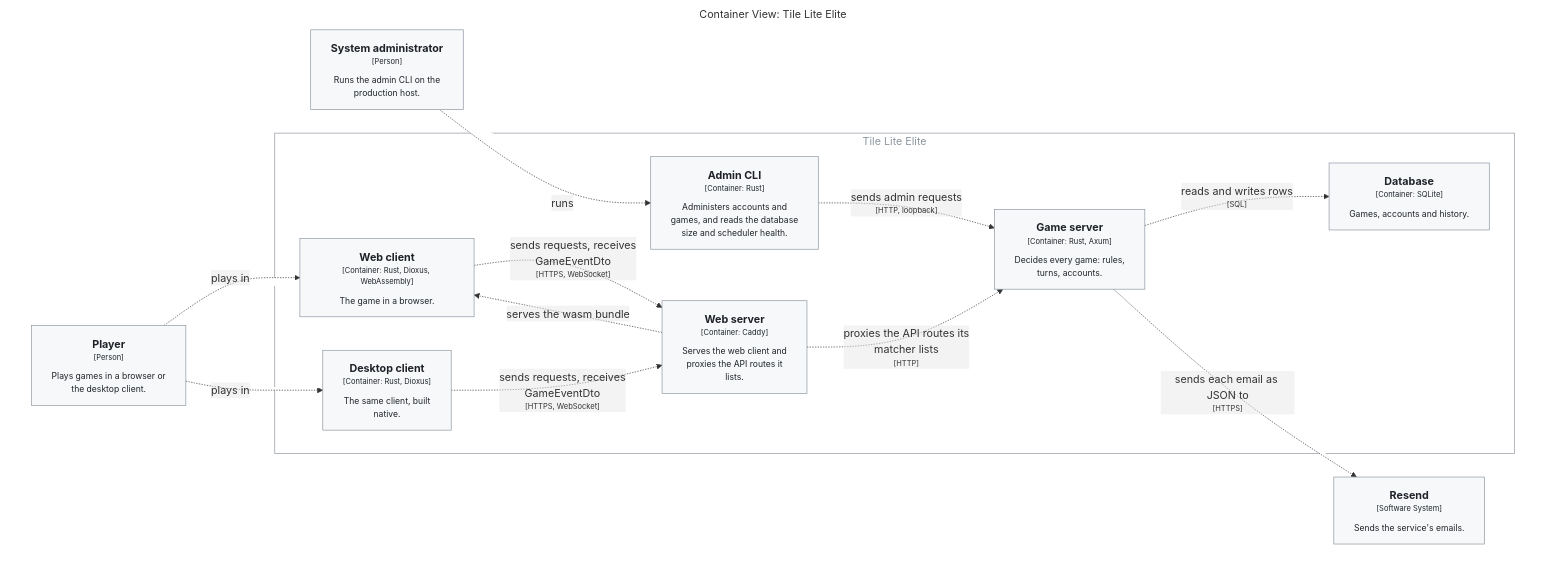
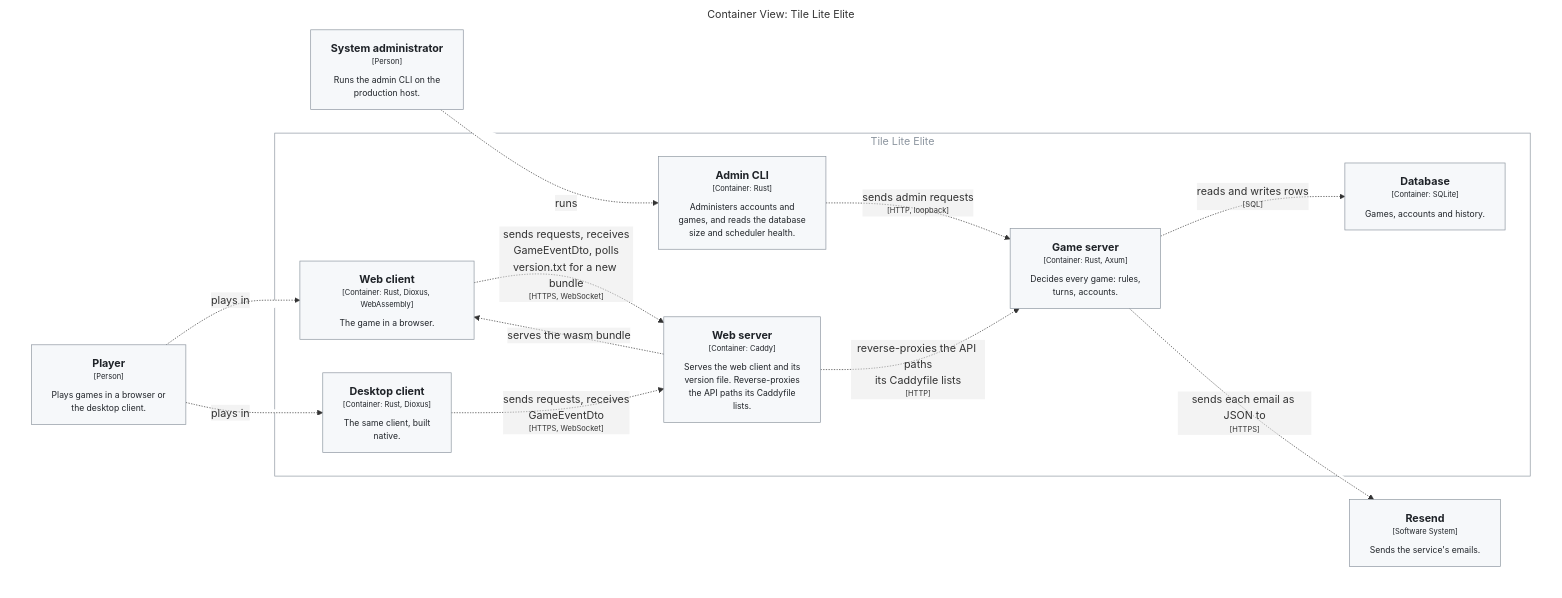
Before and after one commit to delphside/tile-lite-elite: the first of 5 diagrams in docs/4.2.0-design-map.md, drawn with Mermaid. The commit also changed other lines of this file and 1 other file, not shown here.

First line of the commit message:
app 0.9.2 api 2.16: design map, the web server's labels and the version poll

````diff
--- a/docs/4.2.0-design-map.md
+++ b/docs/4.2.0-design-map.md
@@ -15,44 +15,44 @@
 ```mermaid
 graph TB
   linkStyle default fill:#ffffff
 
   subgraph diagram ["Container View: Tile Lite Elite"]
     style diagram fill:#ffffff,stroke:#ffffff
 
     1["<div style='font-weight: bold'>Player</div><div style='font-size: 70%; margin-top: 0px'>[Person]</div><div style='font-size: 80%; margin-top:10px'>Plays games in a browser or<br />the desktop client.</div>"]
     style 1 fill:#f6f8fa,stroke:#8c959f,color:#1f2328
     2["<div style='font-weight: bold'>System administrator</div><div style='font-size: 70%; margin-top: 0px'>[Person]</div><div style='font-size: 80%; margin-top:10px'>Runs the admin CLI on the<br />production host.</div>"]
     style 2 fill:#f6f8fa,stroke:#8c959f,color:#1f2328
     3["<div style='font-weight: bold'>Resend</div><div style='font-size: 70%; margin-top: 0px'>[Software System]</div><div style='font-size: 80%; margin-top:10px'>Sends the service's emails.</div>"]
     style 3 fill:#f6f8fa,stroke:#8c959f,color:#1f2328
 
     subgraph 4 ["Tile Lite Elite"]
       style 4 fill:#ffffff,stroke:#8c959f,color:#8c959f
 
       27["<div style='font-weight: bold'>Database</div><div style='font-size: 70%; margin-top: 0px'>[Container: SQLite]</div><div style='font-size: 80%; margin-top:10px'>Games, accounts and history.</div>"]
       style 27 fill:#f6f8fa,stroke:#8c959f,color:#1f2328
       5["<div style='font-weight: bold'>Web client</div><div style='font-size: 70%; margin-top: 0px'>[Container: Rust, Dioxus, WebAssembly]</div><div style='font-size: 80%; margin-top:10px'>The game in a browser.</div>"]
       style 5 fill:#f6f8fa,stroke:#8c959f,color:#1f2328
       6["<div style='font-weight: bold'>Desktop client</div><div style='font-size: 70%; margin-top: 0px'>[Container: Rust, Dioxus]</div><div style='font-size: 80%; margin-top:10px'>The same client, built<br />native.</div>"]
       style 6 fill:#f6f8fa,stroke:#8c959f,color:#1f2328
-      7["<div style='font-weight: bold'>Web server</div><div style='font-size: 70%; margin-top: 0px'>[Container: Caddy]</div><div style='font-size: 80%; margin-top:10px'>Serves the web client and<br />proxies the API routes it<br />lists.</div>"]
+      7["<div style='font-weight: bold'>Web server</div><div style='font-size: 70%; margin-top: 0px'>[Container: Caddy]</div><div style='font-size: 80%; margin-top:10px'>Serves the web client and its<br />version file. Reverse-proxies<br />the API paths its Caddyfile<br />lists.</div>"]
       style 7 fill:#f6f8fa,stroke:#8c959f,color:#1f2328
       8["<div style='font-weight: bold'>Admin CLI</div><div style='font-size: 70%; margin-top: 0px'>[Container: Rust]</div><div style='font-size: 80%; margin-top:10px'>Administers accounts and<br />games, and reads the database<br />size and scheduler health.</div>"]
       style 8 fill:#f6f8fa,stroke:#8c959f,color:#1f2328
       9["<div style='font-weight: bold'>Game server</div><div style='font-size: 70%; margin-top: 0px'>[Container: Rust, Axum]</div><div style='font-size: 80%; margin-top:10px'>Decides every game: rules,<br />turns, accounts.</div>"]
       style 9 fill:#f6f8fa,stroke:#8c959f,color:#1f2328
     end
 
     1-. "<div>plays in</div><div style='font-size: 70%'></div>" .->5
     1-. "<div>plays in</div><div style='font-size: 70%'></div>" .->6
     2-. "<div>runs</div><div style='font-size: 70%'></div>" .->8
     7-. "<div>serves the wasm bundle</div><div style='font-size: 70%'></div>" .->5
-    5-. "<div>sends requests, receives<br />GameEventDto</div><div style='font-size: 70%'>[HTTPS, WebSocket]</div>" .->7
+    5-. "<div>sends requests, receives<br />GameEventDto, polls<br />version.txt for a new bundle</div><div style='font-size: 70%'>[HTTPS, WebSocket]</div>" .->7
     6-. "<div>sends requests, receives<br />GameEventDto</div><div style='font-size: 70%'>[HTTPS, WebSocket]</div>" .->7
-    7-. "<div>proxies the API routes its<br />matcher lists</div><div style='font-size: 70%'>[HTTP]</div>" .->9
+    7-. "<div>reverse-proxies the API paths<br />its Caddyfile lists</div><div style='font-size: 70%'>[HTTP]</div>" .->9
     8-. "<div>sends admin requests</div><div style='font-size: 70%'>[HTTP, loopback]</div>" .->9
     9-. "<div>reads and writes rows</div><div style='font-size: 70%'>[SQL]</div>" .->27
     9-. "<div>sends each email as JSON to</div><div style='font-size: 70%'>[HTTPS]</div>" .->3
 
   end
 ```
````
